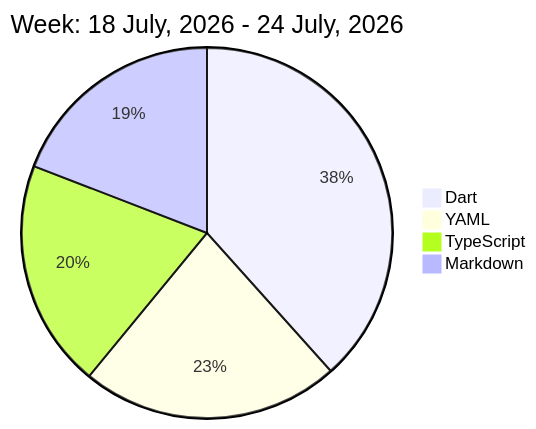
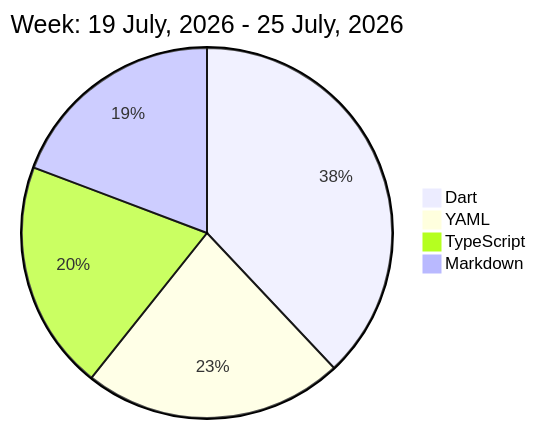
Before and after one commit to liubin95/liubin95: the diagram in README.md, drawn with Mermaid.

Commit message:
Updated the Graph with new Metrics

````diff
--- a/README.md
+++ b/README.md
@@ -32,8 +32,8 @@
 ```mermaid
  pie
-title Week: 18 July, 2026 - 24 July, 2026
- "Dart" : 7.42
+title Week: 19 July, 2026 - 25 July, 2026
+ "Dart" : 7.3
  "YAML" : 4.37
  "TypeScript" : 3.85
  "Markdown" : 3.7
 ```
````
